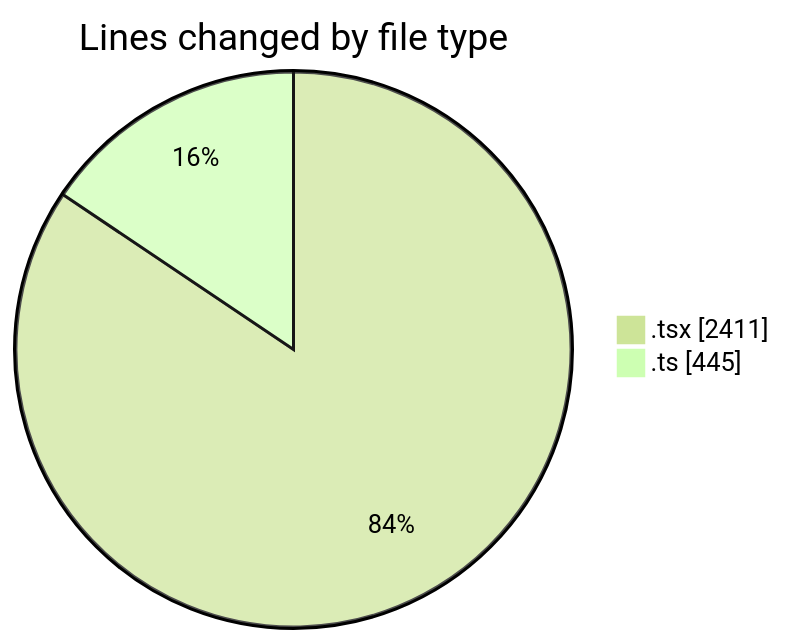
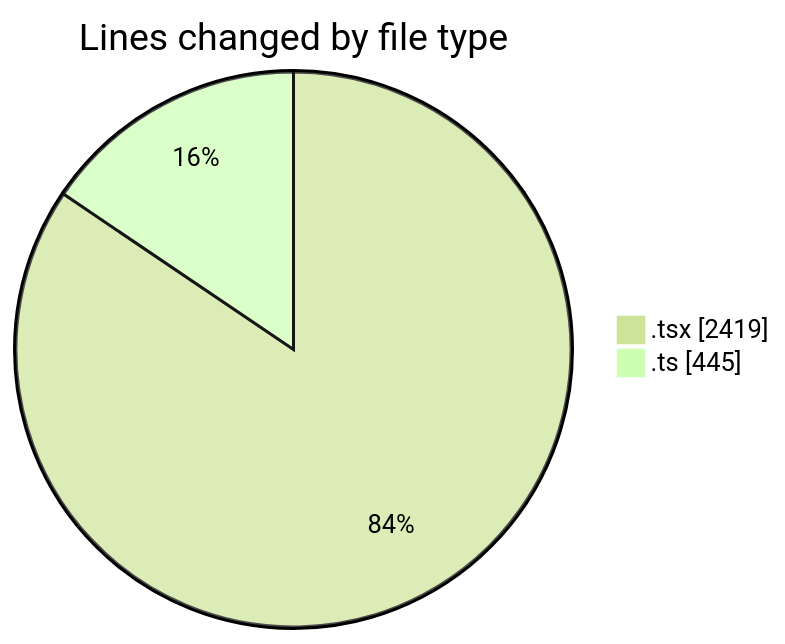
One commit to momahboobian/code-tracking changed the first of 2 diagrams in 2025-09-24/cda/README.md. Above: the diagram before and after it, drawn with Mermaid (forest theme). The commit also changed other lines of this file and 1 other file, not shown here.

````diff
--- a/2025-09-24/cda/README.md
+++ b/2025-09-24/cda/README.md
@@ -31,6 +31,6 @@
 ```mermaid
 pie showData
 title Lines changed by file type
-".tsx" : 2411
+".tsx" : 2419
 ".ts" : 445
 ```
````
